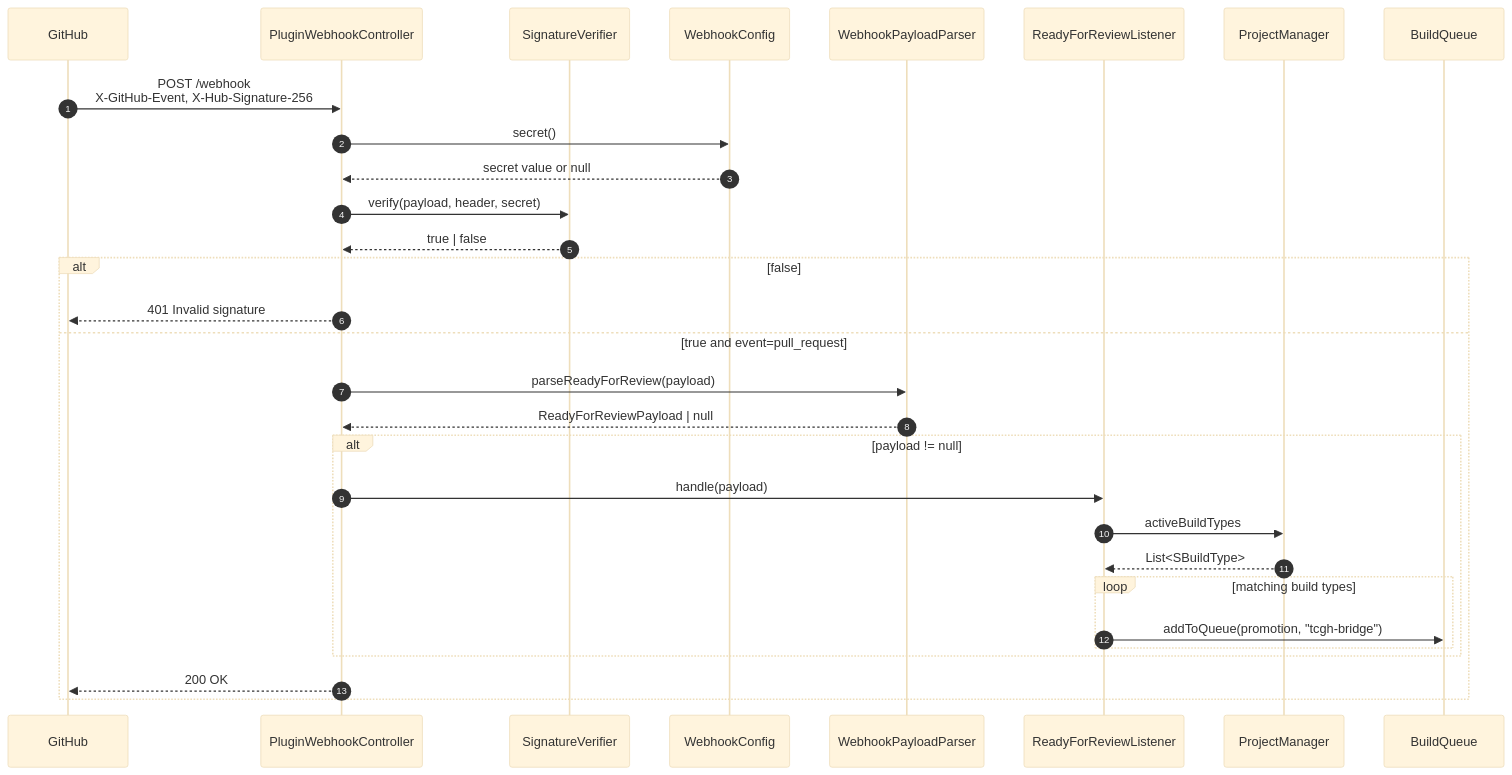
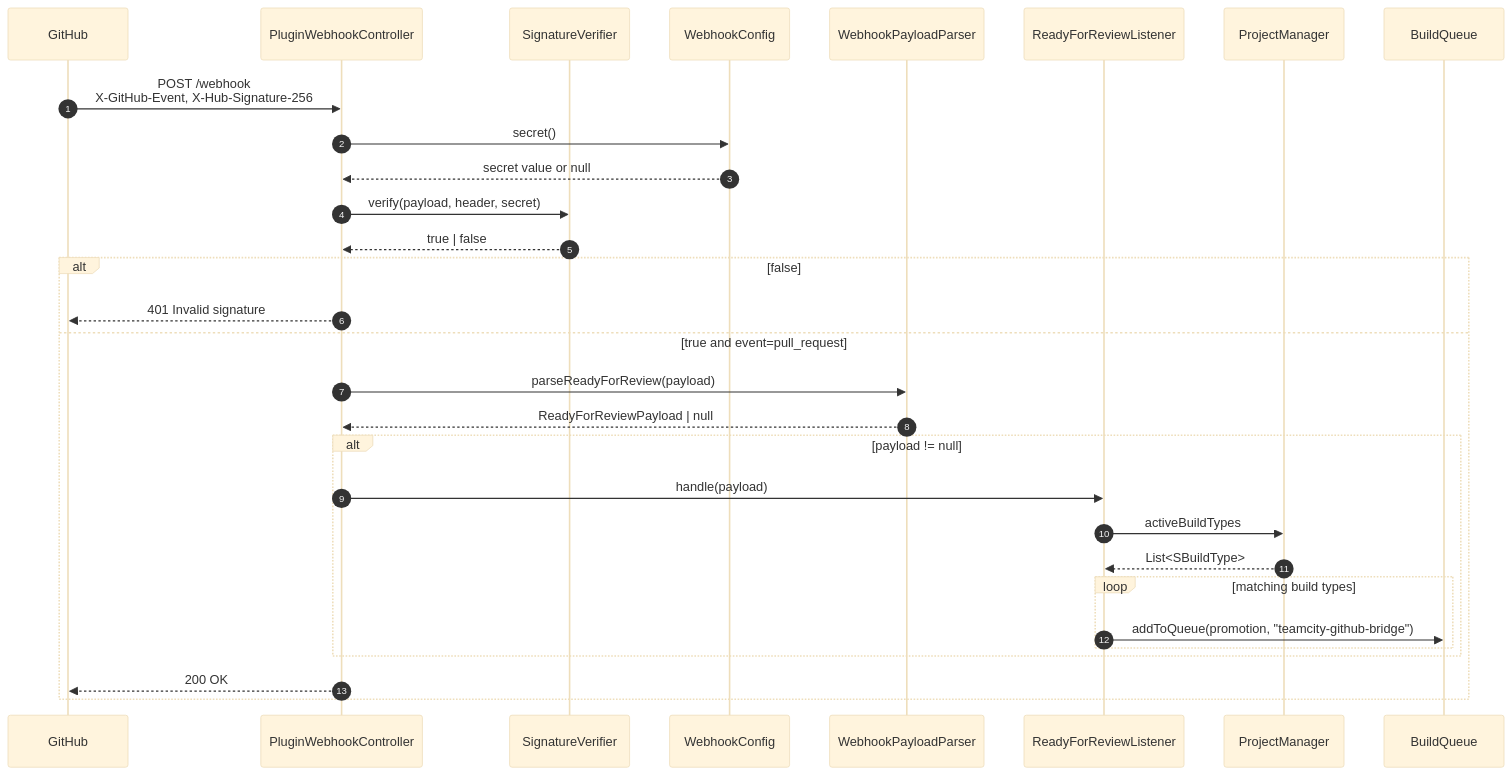
Before and after one commit to Silmaen/teamcity-github: the second of 3 diagrams in doc/architecture.md, drawn with Mermaid (base theme). The commit also changed other lines of this file and 29 other files, not shown here.

````diff
--- a/doc/architecture.md
+++ b/doc/architecture.md
@@ -173,33 +173,33 @@
 ```mermaid
 sequenceDiagram
     autonumber
     participant GH as GitHub
     participant PWC as PluginWebhookController
     participant SV as SignatureVerifier
     participant WC as WebhookConfig
     participant WPP as WebhookPayloadParser
     participant RFR as ReadyForReviewListener
     participant PM as ProjectManager
     participant Q as BuildQueue
 
     GH->>PWC: POST /webhook<br/>X-GitHub-Event, X-Hub-Signature-256
     PWC->>WC: secret()
     WC-->>PWC: secret value or null
     PWC->>SV: verify(payload, header, secret)
     SV-->>PWC: true | false
     alt false
         PWC-->>GH: 401 Invalid signature
     else true and event=pull_request
         PWC->>WPP: parseReadyForReview(payload)
         WPP-->>PWC: ReadyForReviewPayload | null
         alt payload != null
             PWC->>RFR: handle(payload)
             RFR->>PM: activeBuildTypes
             PM-->>RFR: List<SBuildType>
             loop matching build types
-                RFR->>Q: addToQueue(promotion, "tcgh-bridge")
+                RFR->>Q: addToQueue(promotion, "teamcity-github-bridge")
             end
         end
         PWC-->>GH: 200 OK
     end
 ```
````
